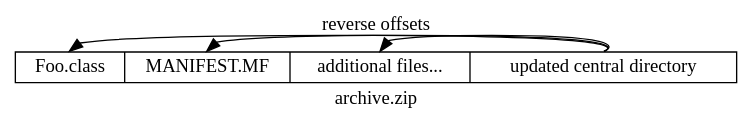
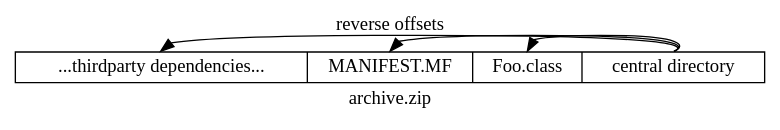
The seventh of 7 diagrams in website/blog/modules/ROOT/pages/9-mill-faster-assembly-jars.adoc (com-lihaoyi/mill), drawn with Graphviz before and after one commit. The commit also changed other lines of this file, not shown here.

````diff
--- a/website/blog/modules/ROOT/pages/9-mill-faster-assembly-jars.adoc
+++ b/website/blog/modules/ROOT/pages/9-mill-faster-assembly-jars.adoc
@@ -506,10 +508,10 @@
 ```graphviz
 digraph G {
   label="archive.zip"
   node [shape=box width=0 height=0 style=filled fillcolor=white]
-  zip [shape=record label="<f0> Foo.class | <f1> MANIFEST.MF | <f3> additional files... | <f2> updated central directory"]
-  zip:f2:n -> zip:f1:n [label="reverse offsets"]
-  zip:f2:n -> zip:f0:n
-  zip:f2:n -> zip:f3:n
+  zip [shape=record label="<f0> ...thirdparty dependencies... | <f1> MANIFEST.MF  | <f2> Foo.class | <f4> central directory"]
+  zip:f4:n -> zip:f1:n [label="reverse offsets"]
+  zip:f4:n -> zip:f0:n
+  zip:f4:n -> zip:f2:n
 }
 ```
````
